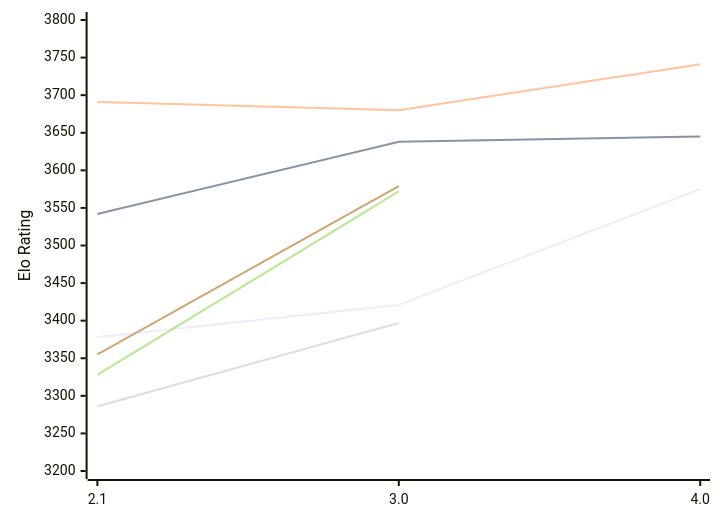
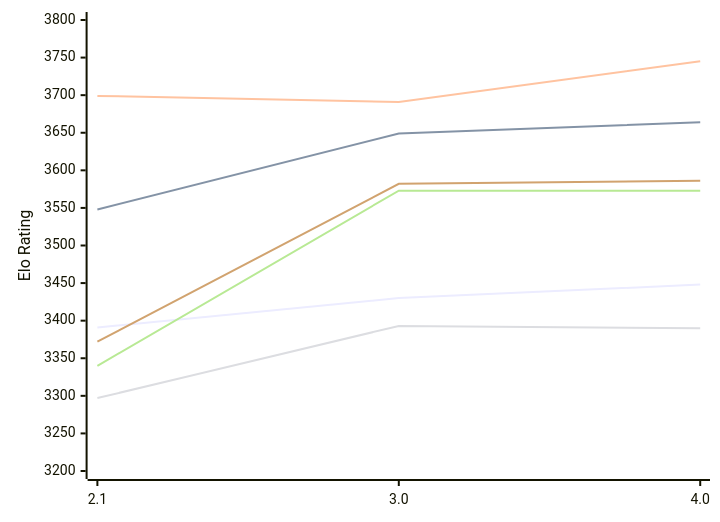
Before and after one commit to computer-chess-index/cci: the first of 2 diagrams in engines/Hobbes.md, drawn with Mermaid. The commit also changed other lines of this file, not shown here.

Commit message:
Update CCI Ratings (ELO VLTC) - 2026-11-16

````diff
--- a/engines/Hobbes.md
+++ b/engines/Hobbes.md
@@ -52,12 +53,12 @@
 ```mermaid
 %%{init: {"theme":"base","themeVariables":{"seriesColors:['#a3a3a3','#222221','#faa371']}}}%%
 xychart-beta
   x-axis ["2.1", "3.0", "4.0"]
   y-axis "Elo Rating" 3200 --> 3800
-  line "E1: STC (8.0+0.08s)" [3378, 3421, 3575]
-  line "E1: LTC (60.0+0.60s)" [3542, 3638, 3645]
-  line "E1: VLTC (2m24s+1.12s)" [3691, 3680, 3741]
-  line "P1: STC (8.0+0.08s)" [3286, 3397]
-  line "P1: LTC (60.0+0.60s)" [3328, 3572]
-  line "P1: VLTC (2m24s+1.12s)" [3355, 3579]
+  line "E1: STC (8.0+0.08s)" [3391, 3430, 3448]
+  line "E1: LTC (60.0+0.60s)" [3548, 3649, 3664]
+  line "E1: VLTC (2m24s+1.12s)" [3699, 3691, 3745]
+  line "P1: STC (8.0+0.08s)" [3297, 3393, 3390]
+  line "P1: LTC (60.0+0.60s)" [3340, 3573, 3573]
+  line "P1: VLTC (2m24s+1.12s)" [3372, 3582, 3586]
 ```
````
